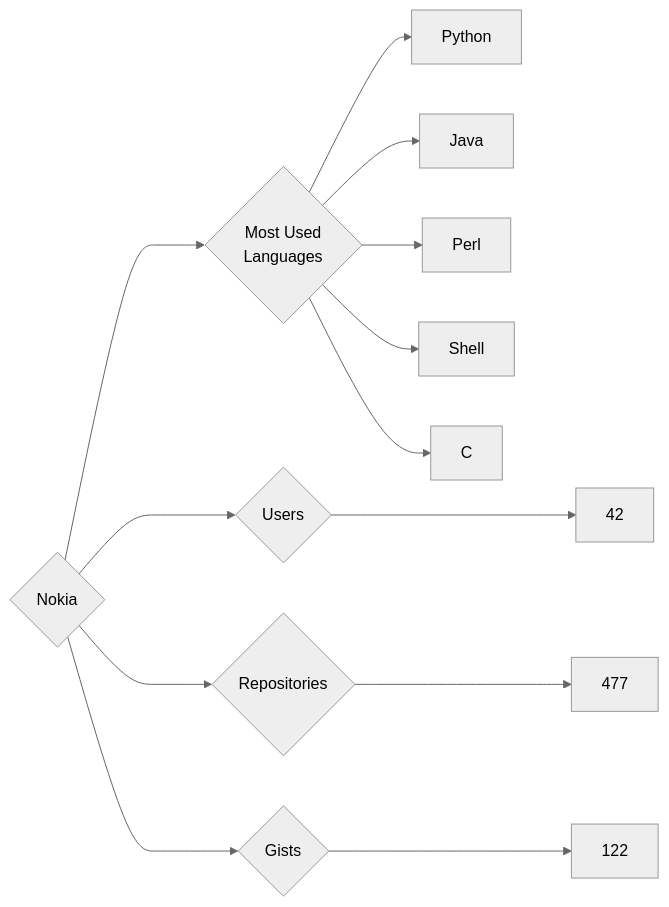
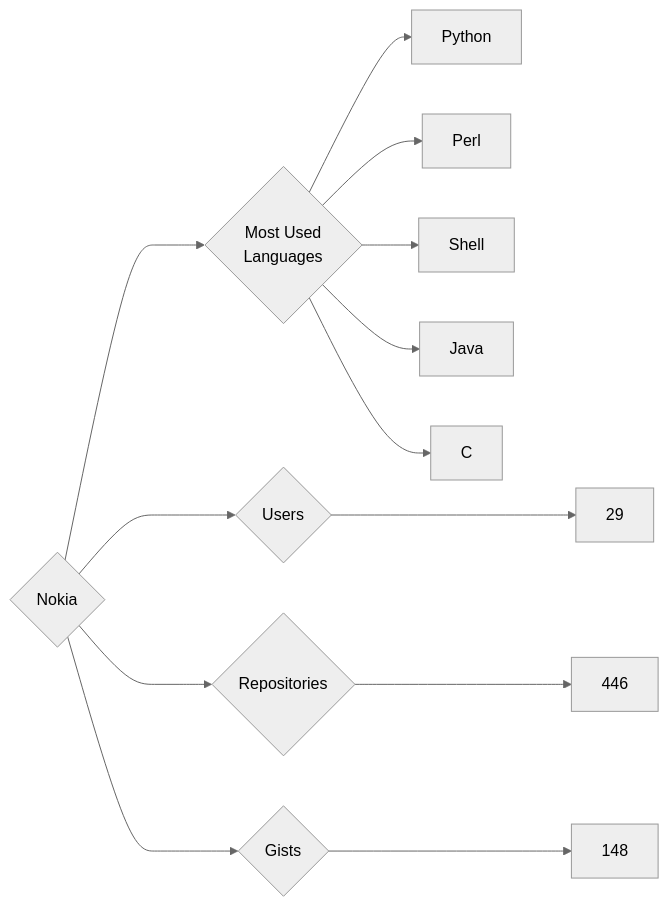
Before and after one commit to trickest/insiders: the diagram in targets/Nokia/README.md, drawn with Mermaid (neutral theme). The commit also changed 995 other files, not shown here.

````diff
--- a/targets/Nokia/README.md
+++ b/targets/Nokia/README.md
@@ -3,13 +3,13 @@
 ```mermaid
 graph LR
 COMPANY_NAME{Nokia}
-COMPANY_NAME ---> U{Users} ---> UN[42]
-COMPANY_NAME ---> R{Repositories} ---> RN[477]
-COMPANY_NAME ---> G{Gists} ---> GN[122]
+COMPANY_NAME ---> U{Users} ---> UN[29]
+COMPANY_NAME ---> R{Repositories} ---> RN[446]
+COMPANY_NAME ---> G{Gists} ---> GN[148]
 COMPANY_NAME ---> ML{Most Used<br>Languages}
 ML --> Python[Python]
-ML --> Java[Java]
 ML --> Perl[Perl]
 ML --> Shell[Shell]
+ML --> Java[Java]
 ML --> C[C]
 ```
````
